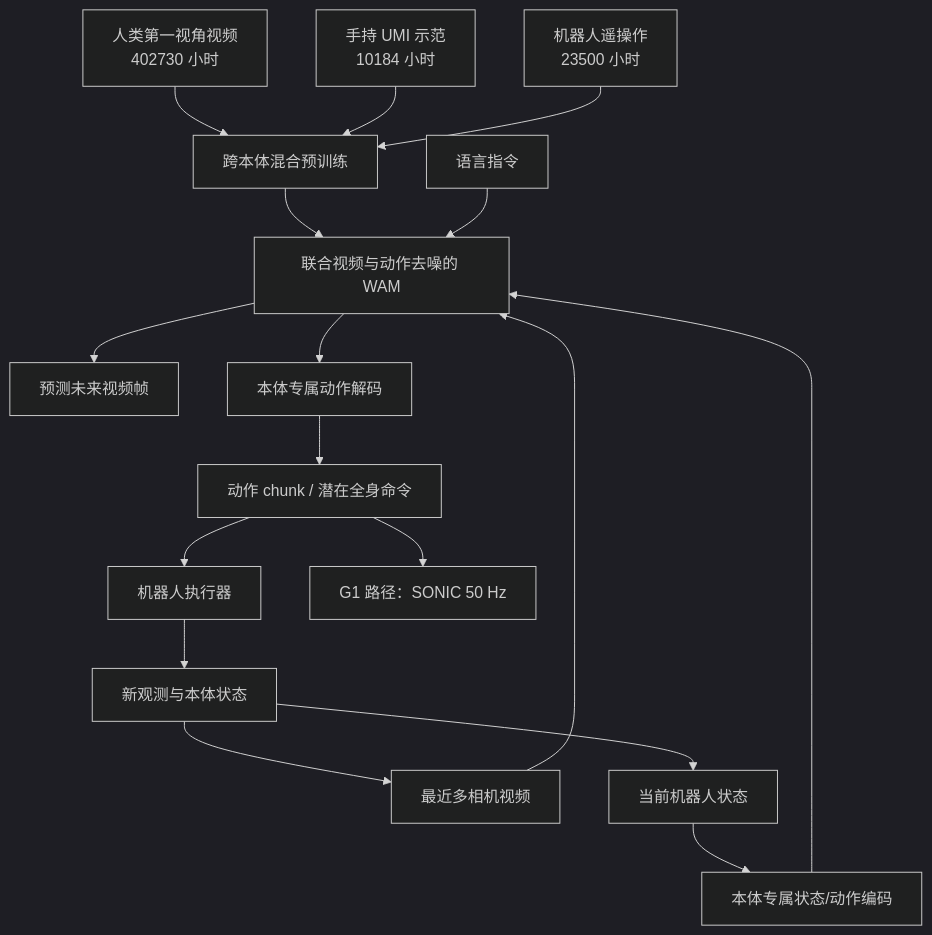
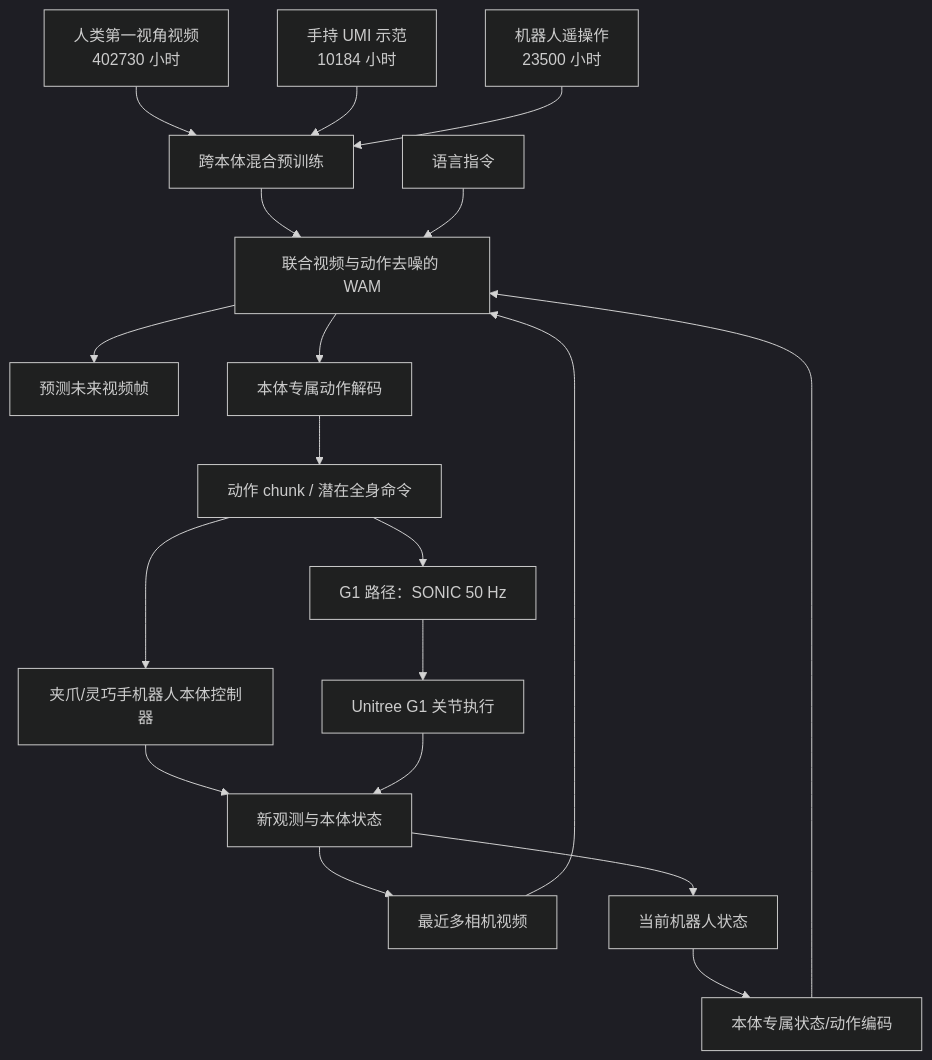
The diagram in wiki/entities/paper-gr00t-2.md (ImChong/Robotics_Notebooks), drawn with Mermaid (dark theme) before and after one commit.

Commit message:
fix(wiki): 区分 GR00T 2 的机械臂与 G1 执行路径

````diff
--- a/wiki/entities/paper-gr00t-2.md
+++ b/wiki/entities/paper-gr00t-2.md
@@ -59,19 +59,21 @@
 ```mermaid
 flowchart TD
     HV["人类第一视角视频<br/>402730 小时"] --> MIX["跨本体混合预训练"]
     UMI["手持 UMI 示范<br/>10184 小时"] --> MIX
     ROB["机器人遥操作<br/>23500 小时"] --> MIX
     MIX --> WAM["联合视频与动作去噪的 WAM"]
     CAM["最近多相机视频"] --> WAM
     INS["语言指令"] --> WAM
     STA["当前机器人状态"] --> EMB["本体专属状态/动作编码"]
     EMB --> WAM
     WAM --> FUT["预测未来视频帧"]
     WAM --> HEAD["本体专属动作解码"]
     HEAD --> CHUNK["动作 chunk / 潜在全身命令"]
-    CHUNK --> BODY["机器人执行器"]
+    CHUNK --> BODY["夹爪/灵巧手机器人本体控制器"]
+    CHUNK --> SON["G1 路径：SONIC 50 Hz"]
+    SON --> G1["Unitree G1 关节执行"]
     BODY --> OBS["新观测与本体状态"]
+    G1 --> OBS
     OBS --> CAM
     OBS --> STA
-    CHUNK --> SON["G1 路径：SONIC 50 Hz"]
 ```
````
